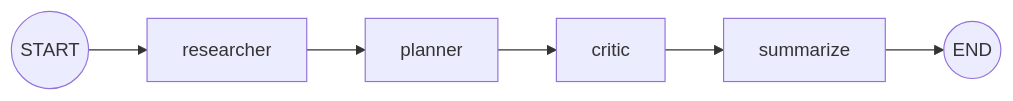
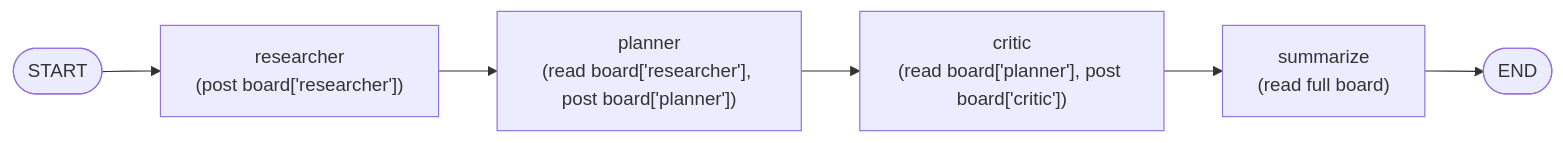
Before and after one commit to xergioalex/agent-lab: the first of 2 diagrams in src/51_shared_memory/README.md, drawn with Mermaid. The commit also changed other lines of this file and 64 other files, not shown here.

First line of the commit message:
docs(docs): premium Mermaid diagram pass on all 64 module READMEs

````diff
--- a/src/51_shared_memory/README.md
+++ b/src/51_shared_memory/README.md
@@ -58,8 +58,8 @@
 ```mermaid
-graph LR
-    START((START)) --> researcher[researcher]
-    researcher --> planner[planner]
-    planner --> critic[critic]
-    critic --> summarize[summarize]
-    summarize --> END((END))
+flowchart LR
+    START([START]) --> researcher["researcher\n(post board['researcher'])"]
+    researcher --> planner["planner\n(read board['researcher'], post board['planner'])"]
+    planner --> critic["critic\n(read board['planner'], post board['critic'])"]
+    critic --> summarize["summarize\n(read full board)"]
+    summarize --> END([END])
 ```
````
